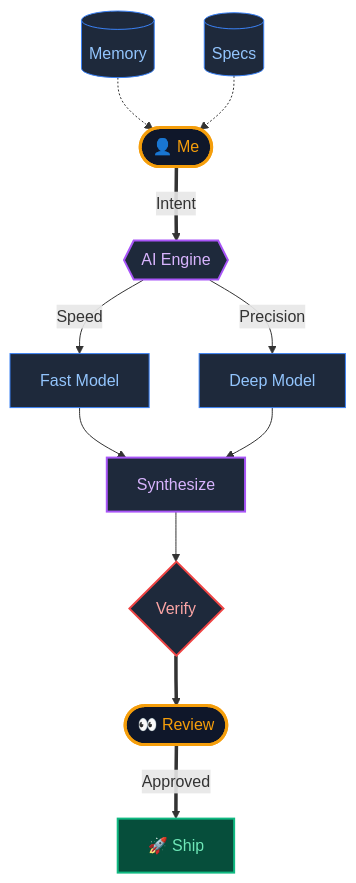
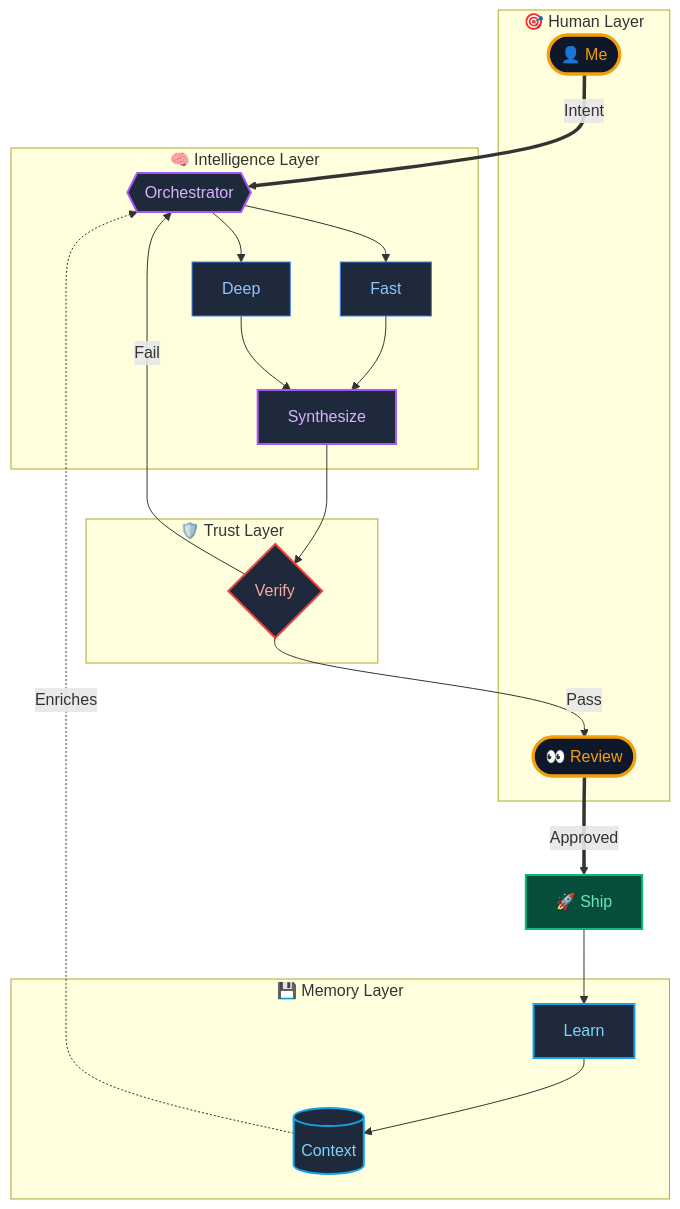
Before and after one commit to shifujosh/shifujosh: the diagram in README.md, drawn with Mermaid. The commit also changed 1 other file, not shown here.

Commit message:
feat: Update portfolio assets (AI-Native Architect Revamp)

````diff
--- a/README.md
+++ b/README.md
@@ -23,23 +23,44 @@
 ```mermaid
 graph TD
     classDef human fill:#0f172a,stroke:#f59e0b,stroke-width:3px,color:#f59e0b;
     classDef ai fill:#1e293b,stroke:#a855f7,stroke-width:2px,color:#d8b4fe;
     classDef work fill:#1e293b,stroke:#3b82f6,stroke-width:1px,color:#93c5fd;
     classDef verify fill:#1e293b,stroke:#ef4444,stroke-width:2px,color:#fca5a5;
+    classDef memory fill:#1e293b,stroke:#0ea5e9,stroke-width:2px,color:#7dd3fc;
     classDef ship fill:#064e3b,stroke:#10b981,stroke-width:2px,color:#6ee7b7;
 
-    You(["👤 Me"]):::human
-    Memory[(Memory)]:::work -.-> You
-    Specs[(Specs)]:::work -.-> You
+    subgraph Human ["🎯 Human Layer"]
+        Me(["👤 Me"]):::human
+        Review(["👀 Review"]):::human
+    end
 
-    You ==>|Intent| Engine{{"AI Engine"}}:::ai
+    subgraph Intelligence ["🧠 Intelligence Layer"]
+        Engine{{"Orchestrator"}}:::ai
+        Fast["Fast"]:::work
+        Deep["Deep"]:::work
+        Synthesize["Synthesize"]:::ai
+    end
 
-    Engine -->|Speed| Fast["Fast Model"]:::work
-    Engine -->|Precision| Deep["Deep Model"]:::work
+    subgraph Trust ["🛡️ Trust Layer"]
+        Verify{"Verify"}:::verify
+    end
 
-    Fast & Deep --> Merge["Synthesize"]:::ai
-    Merge --> Verify{"Verify"}:::verify
+    subgraph Memory ["💾 Memory Layer"]
+        Context[(Context)]:::memory
+        Learn["Learn"]:::memory
+    end
 
-    Verify ==> Review(["👀 Review"]):::human
+    Me ==>|Intent| Engine
+    Context -.->|Enriches| Engine
+    
+    Engine --> Fast & Deep
+    Fast & Deep --> Synthesize
+    Synthesize --> Verify
+    
+    Verify -->|Fail| Engine
+    Verify -->|Pass| Review
     Review ==>|Approved| Ship["🚀 Ship"]:::ship
+    
+    Ship --> Learn
+    Learn --> Context
 ```
````
